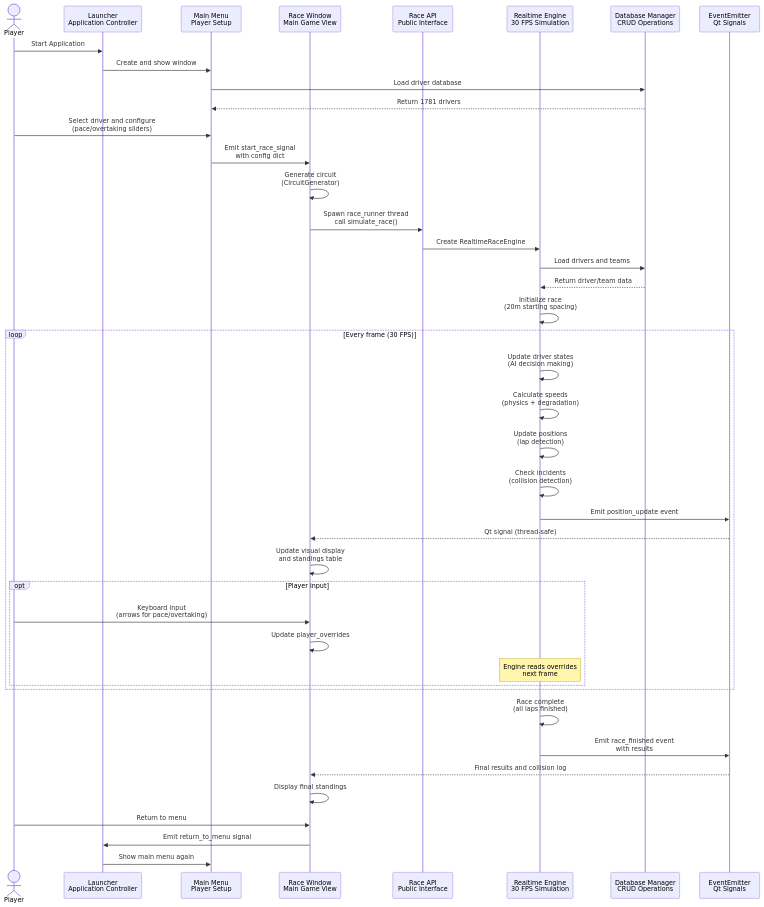
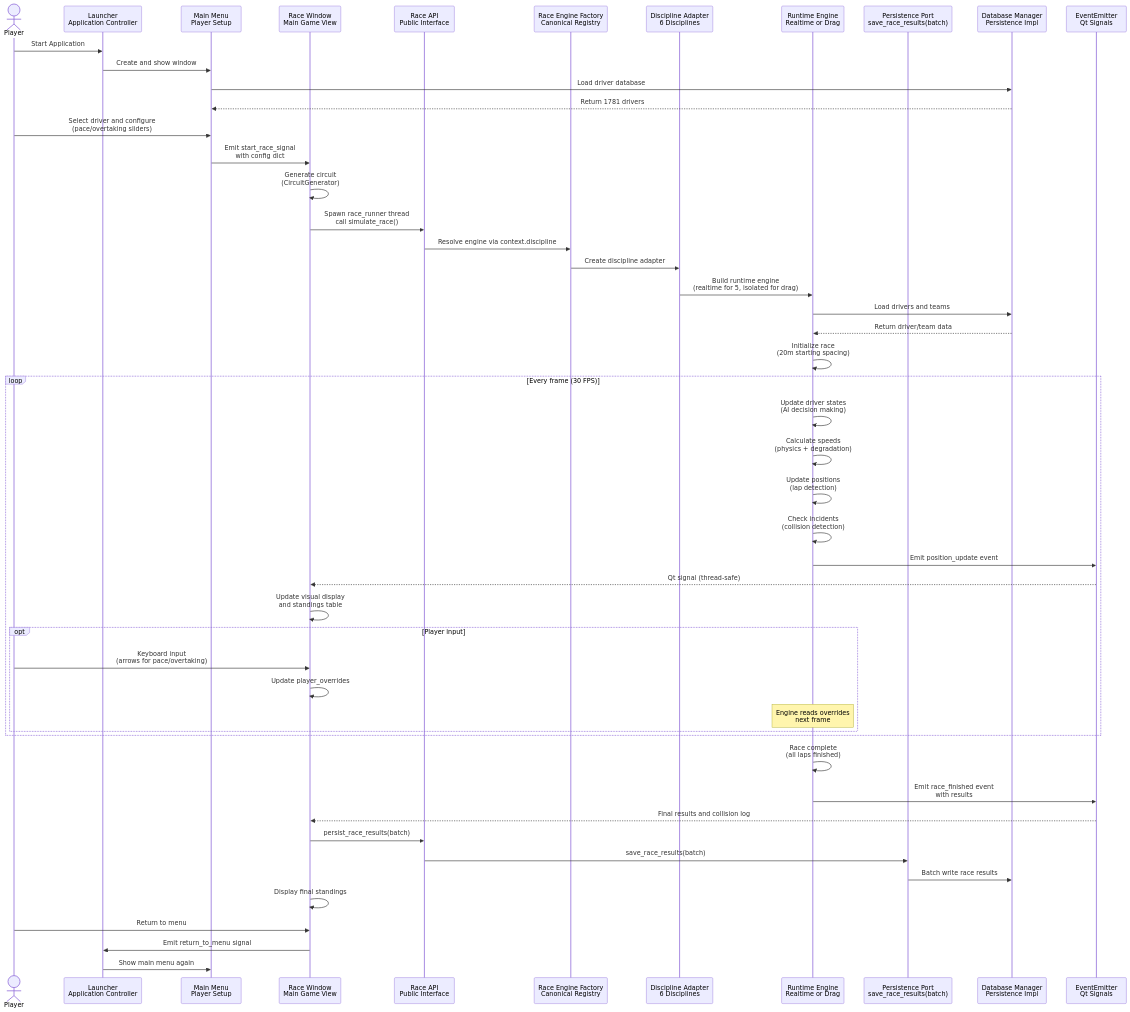
The diagram in Planning/Design and Architecture/Diagrams/data_flow_sequence.md (EoinFitzsimons/Momentum), drawn with Mermaid before and after one commit. The commit also changed other lines of this file and 5 other files, not shown here.

Commit message:
Diagrams

````diff
--- a/Planning/Design and Architecture/Diagrams/data_flow_sequence.md
+++ b/Planning/Design and Architecture/Diagrams/data_flow_sequence.md
@@ -5,52 +5,60 @@
 ```mermaid
 sequenceDiagram
     actor Player
     participant Launcher as Launcher<br/>Application Controller
     participant MainMenu as Main Menu<br/>Player Setup
     participant RaceWindow as Race Window<br/>Main Game View
     participant RaceAPI as Race API<br/>Public Interface
-    participant Engine as Realtime Engine<br/>30 FPS Simulation
-    participant DBManager as Database Manager<br/>CRUD Operations
+    participant Factory as Race Engine Factory<br/>Canonical Registry
+    participant Adapter as Discipline Adapter<br/>6 Disciplines
+    participant Engine as Runtime Engine<br/>Realtime or Drag
+    participant Persist as Persistence Port<br/>save_race_results(batch)
+    participant DBManager as Database Manager<br/>Persistence Impl
     participant EventEmitter as EventEmitter<br/>Qt Signals
     
     Player->>Launcher: Start Application
     Launcher->>MainMenu: Create and show window
     MainMenu->>DBManager: Load driver database
     DBManager-->>MainMenu: Return 1781 drivers
     
     Player->>MainMenu: Select driver and configure<br/>(pace/overtaking sliders)
     MainMenu->>RaceWindow: Emit start_race_signal<br/>with config dict
     
     RaceWindow->>RaceWindow: Generate circuit<br/>(CircuitGenerator)
     RaceWindow->>RaceAPI: Spawn race_runner thread<br/>call simulate_race()
     
-    RaceAPI->>Engine: Create RealtimeRaceEngine
+    RaceAPI->>Factory: Resolve engine via context.discipline
+    Factory->>Adapter: Create discipline adapter
+    Adapter->>Engine: Build runtime engine<br/>(realtime for 5, isolated for drag)
     Engine->>DBManager: Load drivers and teams
     DBManager-->>Engine: Return driver/team data
     Engine->>Engine: Initialize race<br/>(20m starting spacing)
     
     loop Every frame (30 FPS)
         Engine->>Engine: Update driver states<br/>(AI decision making)
         Engine->>Engine: Calculate speeds<br/>(physics + degradation)
         Engine->>Engine: Update positions<br/>(lap detection)
         Engine->>Engine: Check incidents<br/>(collision detection)
         Engine->>EventEmitter: Emit position_update event
         EventEmitter-->>RaceWindow: Qt signal (thread-safe)
         RaceWindow->>RaceWindow: Update visual display<br/>and standings table
         
         opt Player input
             Player->>RaceWindow: Keyboard input<br/>(arrows for pace/overtaking)
             RaceWindow->>RaceWindow: Update player_overrides
             Note over Engine: Engine reads overrides<br/>next frame
         end
     end
     
     Engine->>Engine: Race complete<br/>(all laps finished)
     Engine->>EventEmitter: Emit race_finished event<br/>with results
     EventEmitter-->>RaceWindow: Final results and collision log
+    RaceWindow->>RaceAPI: persist_race_results(batch)
+    RaceAPI->>Persist: save_race_results(batch)
+    Persist->>DBManager: Batch write race results
     RaceWindow->>RaceWindow: Display final standings
     
     Player->>RaceWindow: Return to menu
     RaceWindow->>Launcher: Emit return_to_menu signal
     Launcher->>MainMenu: Show main menu again
 ```
````
